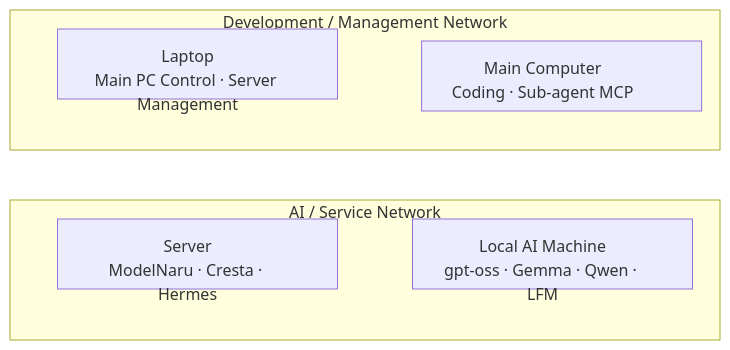
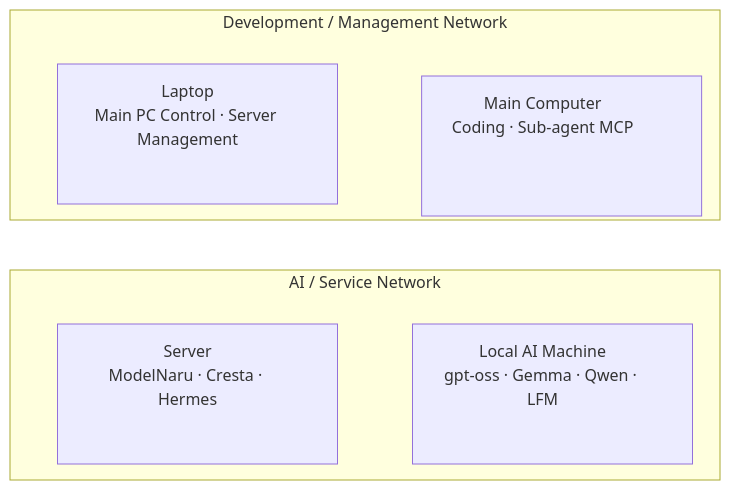
One commit to totjae/portfolio changed the diagram in README.md. Above: the diagram before and after it, drawn with Mermaid.

````diff
--- a/README.md
+++ b/README.md
@@ -33,19 +33,19 @@
 ```mermaid
 flowchart LR
     subgraph NET_A["AI / Service Network"]
         direction LR
         SERVER["Server<br/>ModelNaru · Cresta · Hermes"]
         LOCAL_AI["Local AI Machine<br/>gpt-oss · Gemma · Qwen · LFM"]
         SERVER ~~~ LOCAL_AI
     end
 
     subgraph NET_B["Development / Management Network"]
         direction LR
         LAPTOP["Laptop<br/>Main PC Control · Server Management"]
         MAIN_PC["Main Computer<br/>Coding · Sub-agent MCP"]
         LAPTOP ~~~ MAIN_PC
     end
 
-    classDef device width:280px,height:70px;
+    classDef device width:280px,height:140px;
     class SERVER,LOCAL_AI,LAPTOP,MAIN_PC device;
 ```
````
